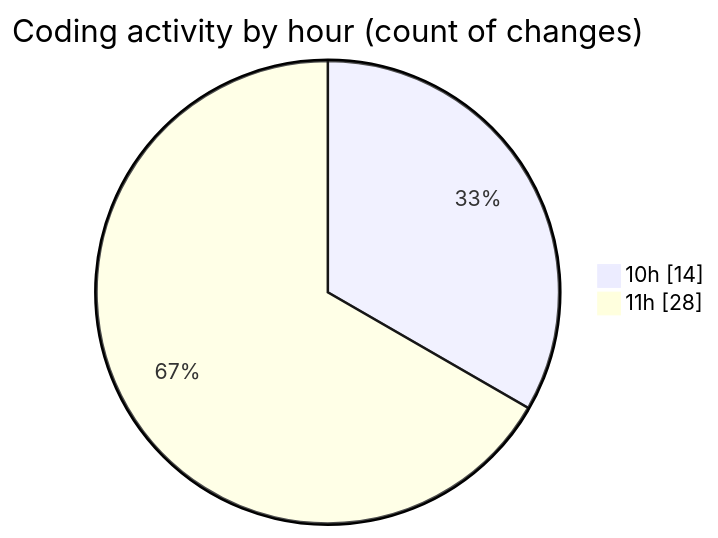
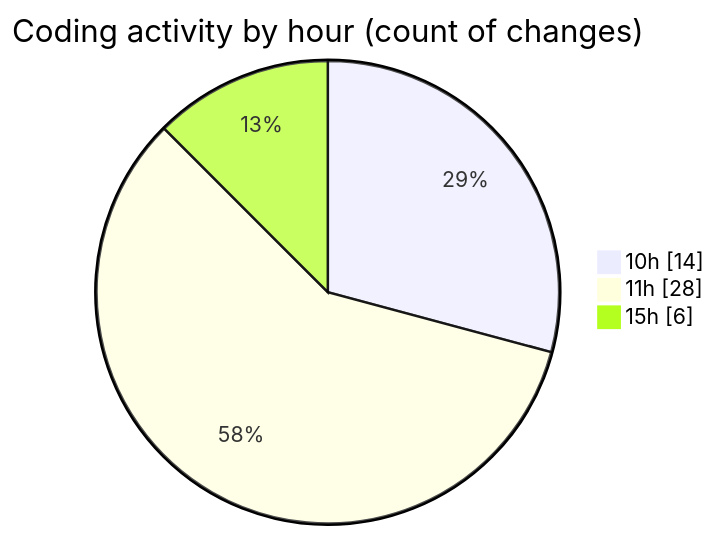
One commit to nxtqubesakshisongat/code-tracking changed the second of 2 diagrams in 2026-04-05/nxtqube_webapp/README.md. Above: the diagram before and after it, drawn with Mermaid. The commit also changed other lines of this file and 1 other file, not shown here.

````diff
--- a/2026-04-05/nxtqube_webapp/README.md
+++ b/2026-04-05/nxtqube_webapp/README.md
@@ -36,6 +37,7 @@
 ```mermaid
 pie showData
 title Coding activity by hour (count of changes)
 "10h" : 14
 "11h" : 28
+"15h" : 6
 ```
````
